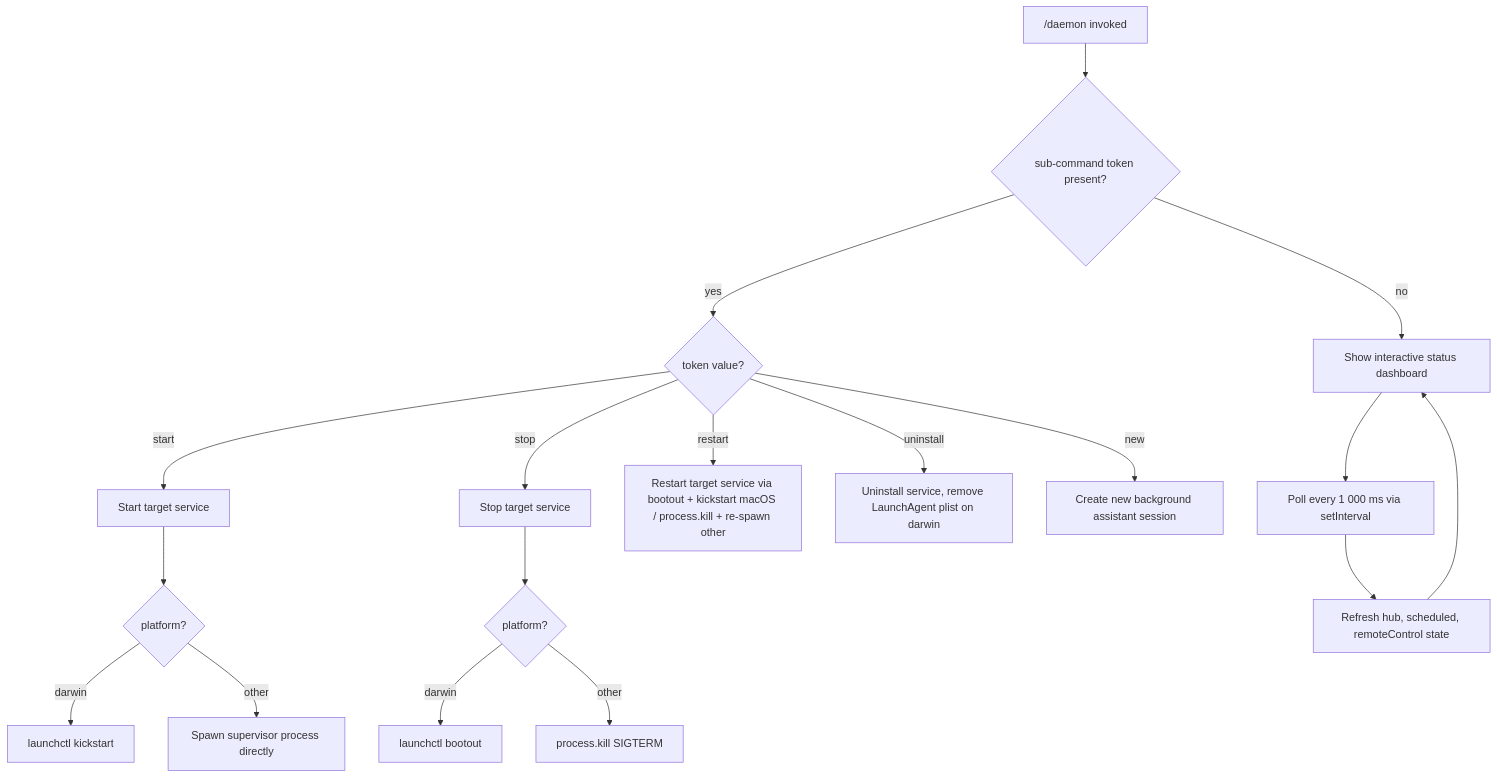
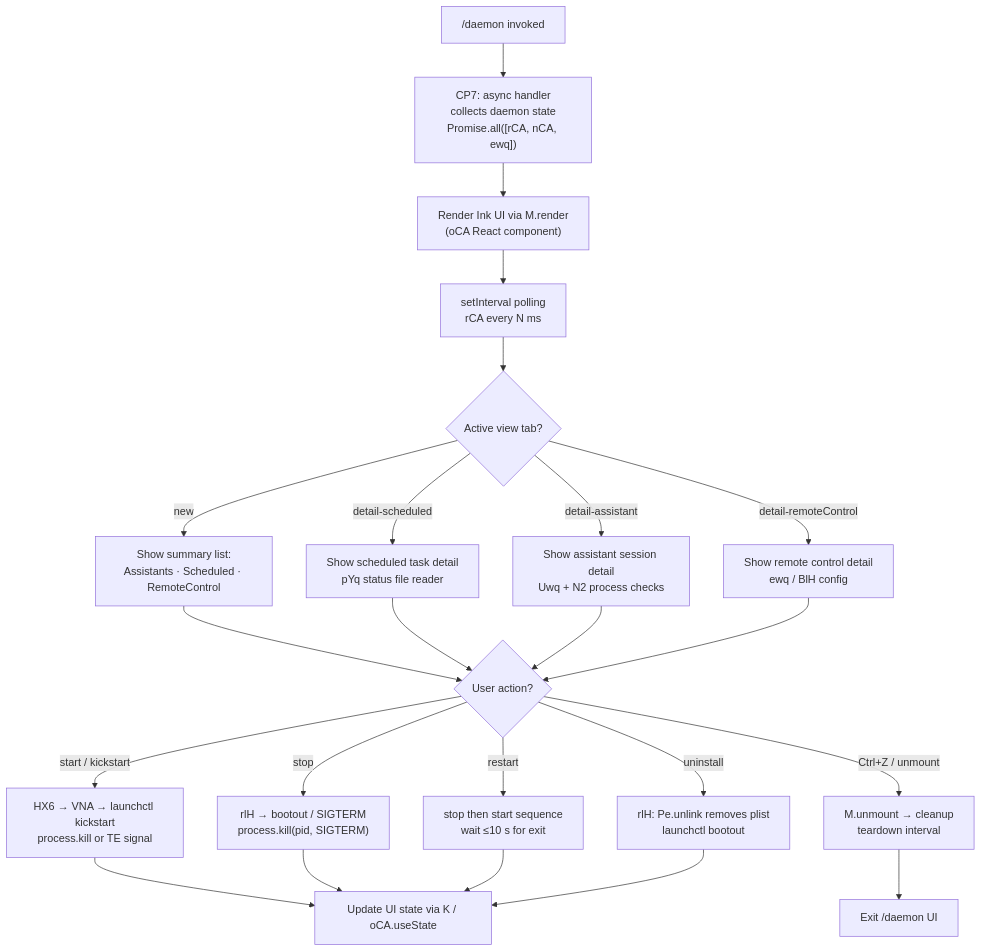
Before and after one commit to MyLittleLuckyDog/cc-gnothi: the diagram in versions/v2.1.133/daemon.md, drawn with Mermaid. The commit also changed other lines of this file and 95 other files, not shown here.

````diff
--- a/versions/v2.1.133/daemon.md
+++ b/versions/v2.1.133/daemon.md
@@ -46,20 +57,25 @@
 ```mermaid
 flowchart TD
-    A["/daemon invoked"] --> B{sub-command token present?}
-    B -- no --> C[Show interactive status dashboard]
-    B -- yes --> D{token value?}
-    D -- "start" --> E[Start target service]
-    D -- "stop" --> F[Stop target service]
-    D -- "restart" --> G[Restart target service via bootout + kickstart macOS / process.kill + re-spawn other]
-    D -- "uninstall" --> H[Uninstall service, remove LaunchAgent plist on darwin]
-    D -- "new" --> I[Create new background assistant session]
-    E --> J{platform?}
-    J -- darwin --> K[launchctl kickstart]
-    J -- other --> L[Spawn supervisor process directly]
-    F --> M{platform?}
-    M -- darwin --> N[launchctl bootout]
-    M -- other --> O[process.kill SIGTERM]
-    C --> P[Poll every 1 000 ms via setInterval]
-    P --> Q[Refresh hub, scheduled, remoteControl state]
-    Q --> C
+    A["/daemon invoked"] --> B["CP7: async handler\ncollects daemon state\nPromise.all([rCA, nCA, ewq])"]
+    B --> C["Render Ink UI via M.render\n(oCA React component)"]
+    C --> D["setInterval polling\nrCA every N ms"]
+    D --> E{Active view tab?}
+    E -->|"new"| F["Show summary list:\nAssistants · Scheduled · RemoteControl"]
+    E -->|"detail-scheduled"| G["Show scheduled task detail\npYq status file reader"]
+    E -->|"detail-assistant"| H["Show assistant session detail\nUwq + N2 process checks"]
+    E -->|"detail-remoteControl"| I["Show remote control detail\newq / BlH config"]
+    F --> J{User action?}
+    G --> J
+    H --> J
+    I --> J
+    J -->|"start / kickstart"| K["HX6 → VNA → launchctl kickstart\nprocess.kill or TE signal"]
+    J -->|"stop"| L["rlH → bootout / SIGTERM\nprocess.kill(pid, SIGTERM)"]
+    J -->|"restart"| M2["stop then start sequence\nwait ≤10 s for exit"]
+    J -->|"uninstall"| N2["rlH: Pe.unlink removes plist\nlaunchctl bootout"]
+    J -->|"Ctrl+Z / unmount"| O["M.unmount → cleanup\nteardown interval"]
+    K --> P["Update UI state via K / oCA.useState"]
+    L --> P
+    M2 --> P
+    N2 --> P
+    O --> Q["Exit /daemon UI"]
 ```
````
